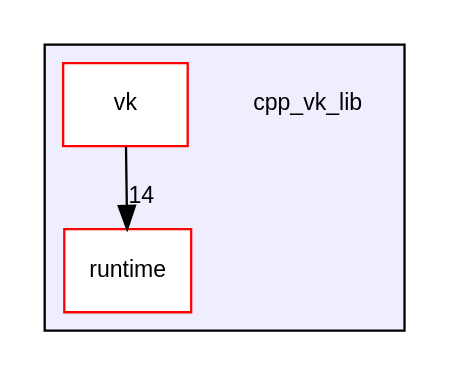
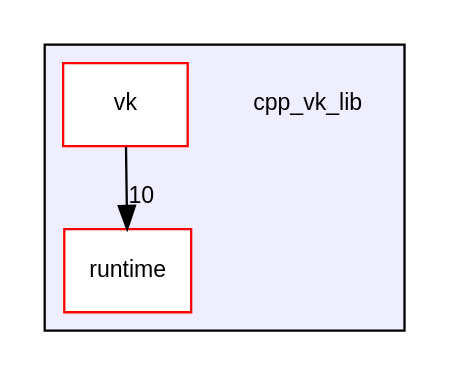
One commit to edgjj/cpp_vk_lib changed the diagram in docs/dir_4470ddd6e717f230cc39b1c2bb983dff_dep.dot. Above: the diagram before and after it, drawn with Graphviz. The commit also changed 516 other files, not shown here.

```diff
--- a/docs/dir_4470ddd6e717f230cc39b1c2bb983dff_dep.dot
+++ b/docs/dir_4470ddd6e717f230cc39b1c2bb983dff_dep.dot
@@ -1,12 +1,12 @@
 digraph "cpp_vk_lib" {
   compound=true
   node [ fontsize="10", fontname="Helvetica"];
   edge [ labelfontsize="10", labelfontname="Helvetica"];
   subgraph clusterdir_4470ddd6e717f230cc39b1c2bb983dff {
     graph [ bgcolor="#eeeeff", pencolor="black", label="" URL="dir_4470ddd6e717f230cc39b1c2bb983dff.html"];
     dir_4470ddd6e717f230cc39b1c2bb983dff [shape=plaintext label="cpp_vk_lib"];
   dir_ae58b8918dcb99903ff518e79eee4aff [shape=box label="runtime" fillcolor="white" style="filled" color="red" URL="dir_ae58b8918dcb99903ff518e79eee4aff.html"];
   dir_bfc5d6602c24fe620e9298c54e0ed106 [shape=box label="vk" fillcolor="white" style="filled" color="red" URL="dir_bfc5d6602c24fe620e9298c54e0ed106.html"];
   }
-  dir_bfc5d6602c24fe620e9298c54e0ed106->dir_ae58b8918dcb99903ff518e79eee4aff [headlabel="14", labeldistance=1.5 headhref="dir_000001_000017.html"];
+  dir_bfc5d6602c24fe620e9298c54e0ed106->dir_ae58b8918dcb99903ff518e79eee4aff [headlabel="10", labeldistance=1.5 headhref="dir_000001_000015.html"];
 }
```
